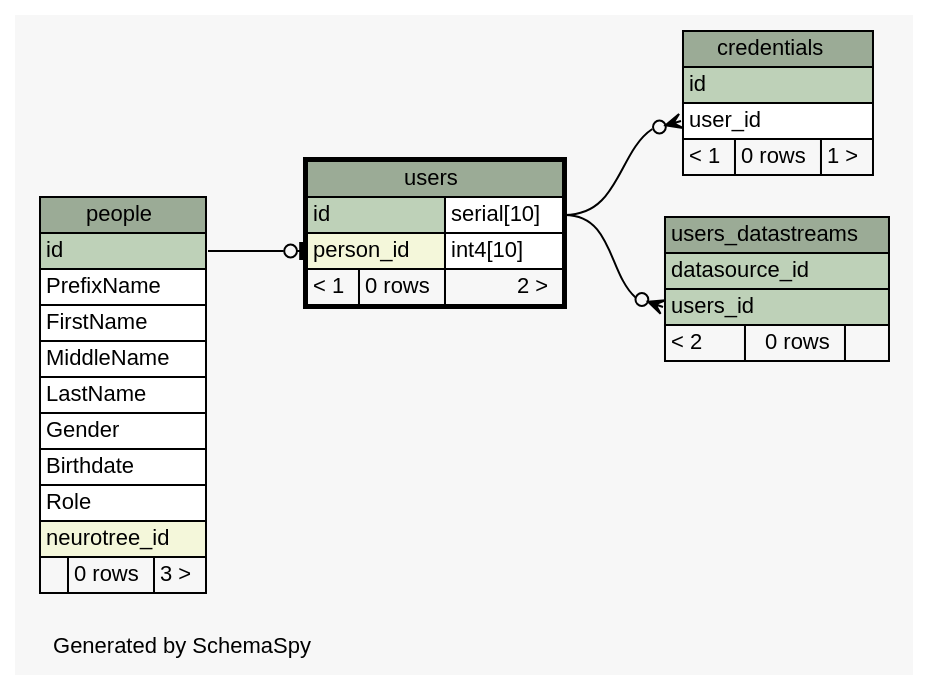
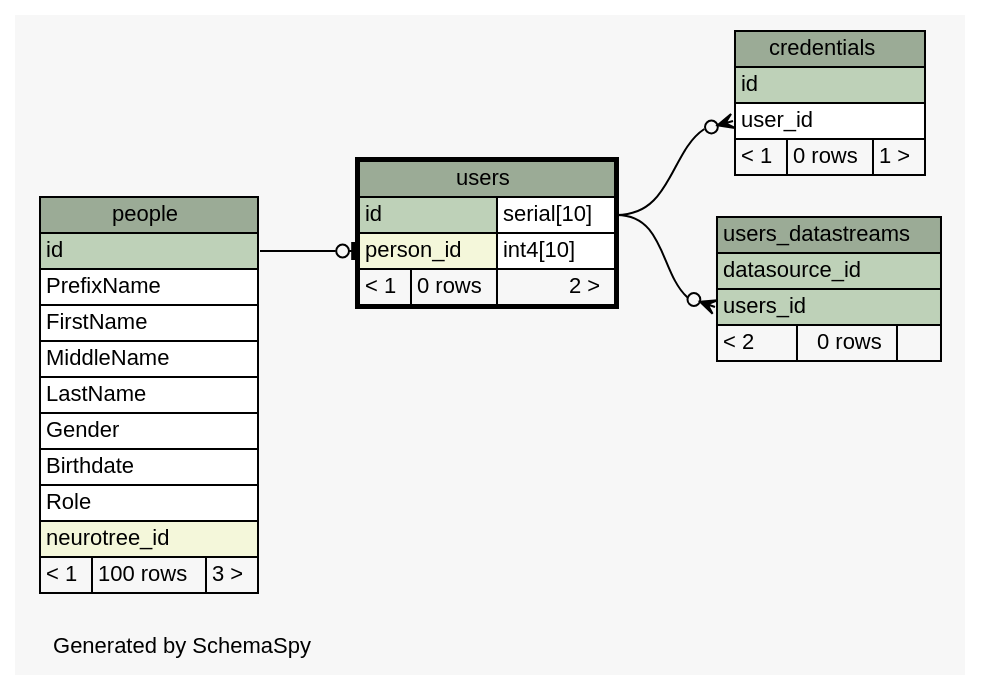
One commit to tgbugs/mlab changed the diagram in database/ss/diagrams/users.1degree.dot. Above: the diagram before and after it, drawn with Graphviz. The commit also changed 221 other files, not shown here.

```diff
--- a/database/ss/diagrams/users.1degree.dot
+++ b/database/ss/diagrams/users.1degree.dot
@@ -1,76 +1,76 @@
 // dot 2.32.0 on Windows 7 6.1
 // SchemaSpy rev 590
 digraph "oneDegreeRelationshipsDiagram" {
   graph [
     rankdir="RL"
     bgcolor="#f7f7f7"
     label="\nGenerated by SchemaSpy"
     labeljust="l"
     nodesep="0.18"
     ranksep="0.46"
     fontname="Helvetica"
     fontsize="11"
   ];
   node [
     fontname="Helvetica"
     fontsize="11"
     shape="plaintext"
   ];
   edge [
     arrowsize="0.8"
   ];
   "credentials":"user_id":w -> "users":"id.type":e [arrowhead=none dir=back arrowtail=crowodot];
   "users":"person_id":w -> "people":"id":e [arrowhead=none dir=back arrowtail=teeodot];
   "users_datastreams":"users_id":w -> "users":"id.type":e [arrowhead=none dir=back arrowtail=crowodot];
   "credentials" [
     label=<
     <TABLE BORDER="0" CELLBORDER="1" CELLSPACING="0" BGCOLOR="#ffffff">
       <TR><TD COLSPAN="3" BGCOLOR="#9bab96" ALIGN="CENTER">credentials</TD></TR>
       <TR><TD PORT="id" COLSPAN="3" BGCOLOR="#bed1b8" ALIGN="LEFT">id</TD></TR>
       <TR><TD PORT="user_id" COLSPAN="3" ALIGN="LEFT">user_id</TD></TR>
       <TR><TD ALIGN="LEFT" BGCOLOR="#f7f7f7">&lt; 1</TD><TD ALIGN="RIGHT" BGCOLOR="#f7f7f7">0 rows</TD><TD ALIGN="RIGHT" BGCOLOR="#f7f7f7">1 &gt;</TD></TR>
     </TABLE>>
     URL="credentials.html"
     tooltip="credentials"
   ];
   "people" [
     label=<
     <TABLE BORDER="0" CELLBORDER="1" CELLSPACING="0" BGCOLOR="#ffffff">
       <TR><TD COLSPAN="3" BGCOLOR="#9bab96" ALIGN="CENTER">people</TD></TR>
       <TR><TD PORT="id" COLSPAN="3" BGCOLOR="#bed1b8" ALIGN="LEFT">id</TD></TR>
       <TR><TD PORT="PrefixName" COLSPAN="3" ALIGN="LEFT">PrefixName</TD></TR>
       <TR><TD PORT="FirstName" COLSPAN="3" ALIGN="LEFT">FirstName</TD></TR>
       <TR><TD PORT="MiddleName" COLSPAN="3" ALIGN="LEFT">MiddleName</TD></TR>
       <TR><TD PORT="LastName" COLSPAN="3" ALIGN="LEFT">LastName</TD></TR>
       <TR><TD PORT="Gender" COLSPAN="3" ALIGN="LEFT">Gender</TD></TR>
       <TR><TD PORT="Birthdate" COLSPAN="3" ALIGN="LEFT">Birthdate</TD></TR>
       <TR><TD PORT="Role" COLSPAN="3" ALIGN="LEFT">Role</TD></TR>
       <TR><TD PORT="neurotree_id" COLSPAN="3" BGCOLOR="#f4f7da" ALIGN="LEFT">neurotree_id</TD></TR>
-      <TR><TD ALIGN="LEFT" BGCOLOR="#f7f7f7">  </TD><TD ALIGN="RIGHT" BGCOLOR="#f7f7f7">0 rows</TD><TD ALIGN="RIGHT" BGCOLOR="#f7f7f7">3 &gt;</TD></TR>
+      <TR><TD ALIGN="LEFT" BGCOLOR="#f7f7f7">&lt; 1</TD><TD ALIGN="RIGHT" BGCOLOR="#f7f7f7">100 rows</TD><TD ALIGN="RIGHT" BGCOLOR="#f7f7f7">3 &gt;</TD></TR>
     </TABLE>>
     URL="people.html"
     tooltip="people"
   ];
   "users" [
     label=<
     <TABLE BORDER="2" CELLBORDER="1" CELLSPACING="0" BGCOLOR="#ffffff">
       <TR><TD COLSPAN="3" BGCOLOR="#9bab96" ALIGN="CENTER">users</TD></TR>
       <TR><TD PORT="id" COLSPAN="2" BGCOLOR="#bed1b8" ALIGN="LEFT">id</TD><TD PORT="id.type" ALIGN="LEFT">serial[10]</TD></TR>
       <TR><TD PORT="person_id" COLSPAN="2" BGCOLOR="#f4f7da" ALIGN="LEFT">person_id</TD><TD PORT="person_id.type" ALIGN="LEFT">int4[10]</TD></TR>
       <TR><TD ALIGN="LEFT" BGCOLOR="#f7f7f7">&lt; 1</TD><TD ALIGN="RIGHT" BGCOLOR="#f7f7f7">0 rows</TD><TD ALIGN="RIGHT" BGCOLOR="#f7f7f7">2 &gt;</TD></TR>
     </TABLE>>
     URL="users.html"
     tooltip="users"
   ];
   "users_datastreams" [
     label=<
     <TABLE BORDER="0" CELLBORDER="1" CELLSPACING="0" BGCOLOR="#ffffff">
       <TR><TD COLSPAN="3" BGCOLOR="#9bab96" ALIGN="CENTER">users_datastreams</TD></TR>
       <TR><TD PORT="datasource_id" COLSPAN="3" BGCOLOR="#bed1b8" ALIGN="LEFT">datasource_id</TD></TR>
       <TR><TD PORT="users_id" COLSPAN="3" BGCOLOR="#bed1b8" ALIGN="LEFT">users_id</TD></TR>
       <TR><TD ALIGN="LEFT" BGCOLOR="#f7f7f7">&lt; 2</TD><TD ALIGN="RIGHT" BGCOLOR="#f7f7f7">0 rows</TD><TD ALIGN="RIGHT" BGCOLOR="#f7f7f7">  </TD></TR>
     </TABLE>>
     URL="users_datastreams.html"
     tooltip="users_datastreams"
   ];
 }
```
